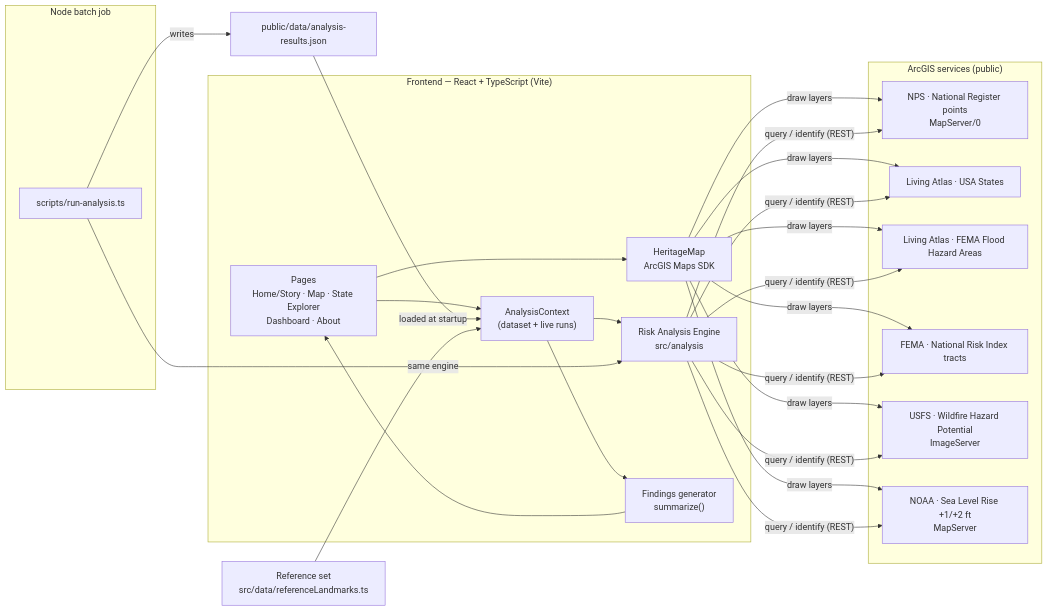
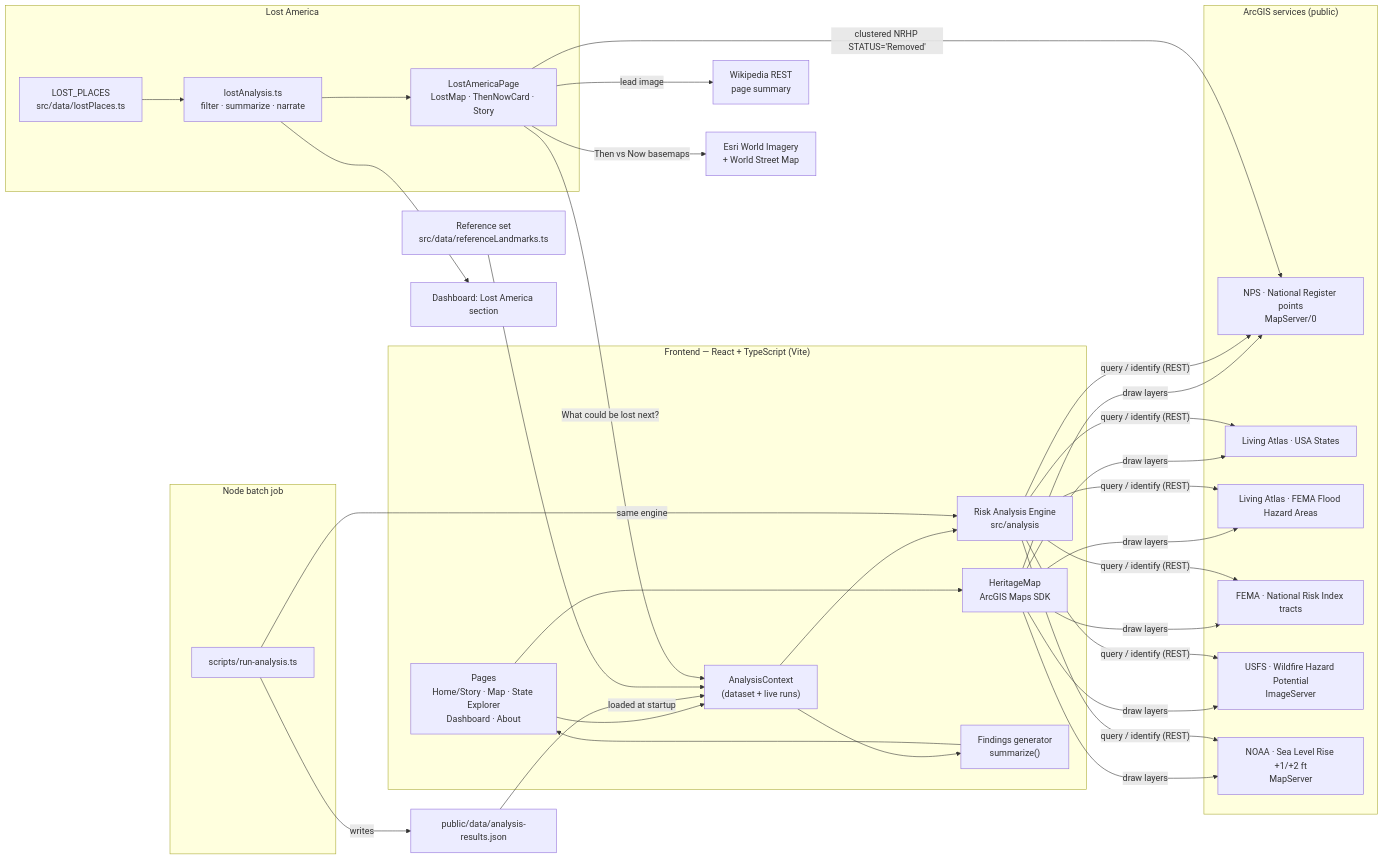
The diagram in README.md (fgamboa-stars/Tech-Expo), drawn with Mermaid before and after one commit. The commit also changed other lines of this file and 30 other files, not shown here.

First line of the commit message:
feat(lost): add Lost America — places already lost

````diff
--- a/README.md
+++ b/README.md
@@ -77,35 +85,47 @@
 ```mermaid
 flowchart LR
   subgraph Browser["Frontend — React + TypeScript (Vite)"]
     UI["Pages<br/>Home/Story · Map · State Explorer<br/>Dashboard · About"]
     CTX["AnalysisContext<br/>(dataset + live runs)"]
     MAP["HeritageMap<br/>ArcGIS Maps SDK"]
     ENG["Risk Analysis Engine<br/>src/analysis"]
     FND["Findings generator<br/>summarize()"]
     UI --> CTX
     UI --> MAP
     CTX --> ENG
     CTX --> FND
     FND --> UI
   end
 
   subgraph Services["ArcGIS services (public)"]
     NRHP["NPS · National Register points<br/>MapServer/0"]
     ST["Living Atlas · USA States"]
     FEMA["Living Atlas · FEMA Flood Hazard Areas"]
     NRI["FEMA · National Risk Index tracts"]
     WHP["USFS · Wildfire Hazard Potential<br/>ImageServer"]
     SLR["NOAA · Sea Level Rise +1/+2 ft<br/>MapServer"]
   end
 
   MAP -- "draw layers" --> FEMA & NRI & WHP & SLR & ST & NRHP
   ENG -- "query / identify (REST)" --> NRHP & ST & FEMA & NRI & WHP & SLR
 
   subgraph Batch["Node batch job"]
     CLI["scripts/run-analysis.ts"]
   end
   CLI -- "same engine" --> ENG
   CLI -- "writes" --> JSON["public/data/analysis-results.json"]
   JSON -- "loaded at startup" --> CTX
   REF["Reference set<br/>src/data/referenceLandmarks.ts"] --> CTX
+
+  subgraph Lost["Lost America"]
+    LP["LOST_PLACES<br/>src/data/lostPlaces.ts"]
+    LA["lostAnalysis.ts<br/>filter · summarize · narrate"]
+    LUI["LostAmericaPage<br/>LostMap · ThenNowCard · Story"]
+    LP --> LA --> LUI
+  end
+  LUI -- "clustered NRHP STATUS='Removed'" --> NRHP
+  LUI -- "lead image" --> WIKI["Wikipedia REST<br/>page summary"]
+  LUI -- "Then vs Now basemaps" --> IMG["Esri World Imagery<br/>+ World Street Map"]
+  LA --> DASH["Dashboard: Lost America section"]
+  LUI -- "What could be lost next?" --> CTX
 ```
````
